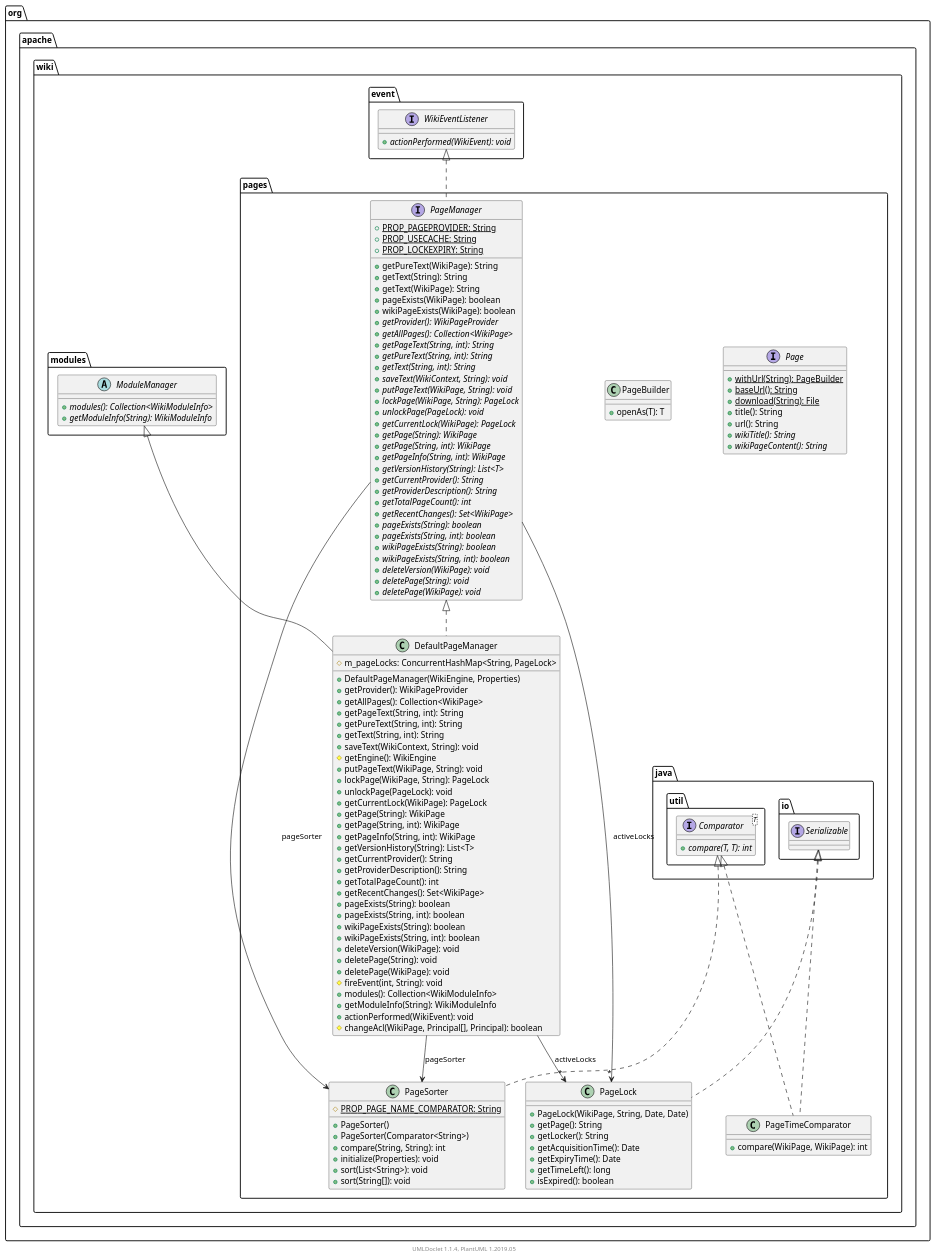
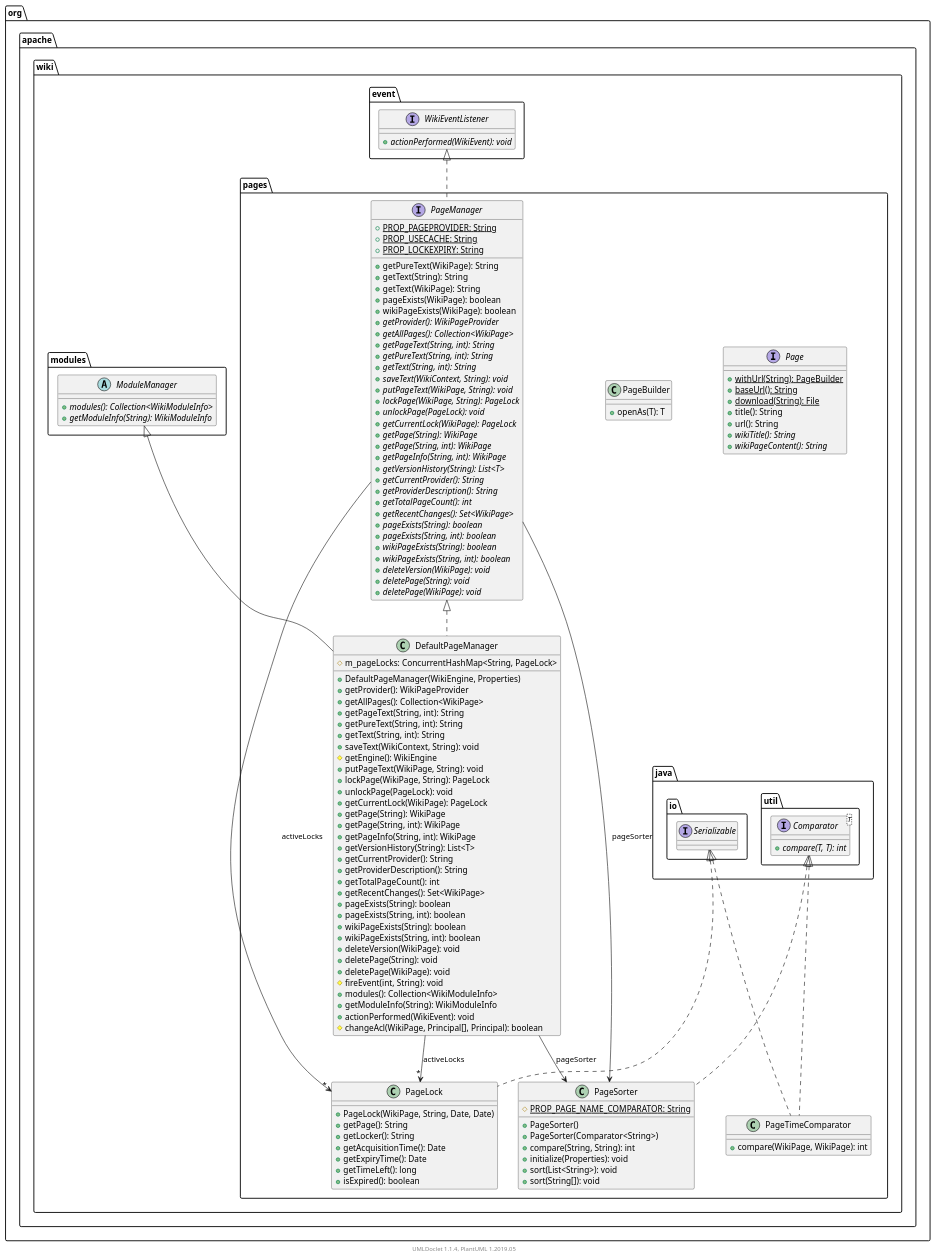
Before and after one commit to apache/jspwiki-site: the diagram in apidocs/2.11.0.M7-SNAPSHOT/org/apache/wiki/pages/package.puml, drawn with PlantUML. The commit also changed other lines of this file and 1630 other files, not shown here.

```diff
--- a/apidocs/2.11.0.M7-SNAPSHOT/org/apache/wiki/pages/package.puml
+++ b/apidocs/2.11.0.M7-SNAPSHOT/org/apache/wiki/pages/package.puml
@@ -1,152 +1,152 @@
 @startuml
 
     namespace org.apache.wiki.pages {
 
         interface Page [[Page.html]] {
             {static} +withUrl(String): PageBuilder
             {static} +baseUrl(): String
             {static} +download(String): File
             +title(): String
             +url(): String
             {abstract} +wikiTitle(): String
             {abstract} +wikiPageContent(): String
         }
 
         class PageBuilder [[PageBuilder.html]] {
             +openAs(T): T
-        }
-
-        class PageSorter [[PageSorter.html]] {
-            {static} #PROP_PAGE_NAME_COMPARATOR: String
-            +PageSorter()
-            +PageSorter(Comparator<String>)
-            +compare(String, String): int
-            +initialize(Properties): void
-            +sort(List<String>): void
-            +sort(String[]): void
         }
 
         interface PageManager [[PageManager.html]] {
             {static} +PROP_PAGEPROVIDER: String
             {static} +PROP_USECACHE: String
             {static} +PROP_LOCKEXPIRY: String
             +getPureText(WikiPage): String
             +getText(String): String
             +getText(WikiPage): String
             +pageExists(WikiPage): boolean
             +wikiPageExists(WikiPage): boolean
             {abstract} +getProvider(): WikiPageProvider
             {abstract} +getAllPages(): Collection<WikiPage>
             {abstract} +getPageText(String, int): String
             {abstract} +getPureText(String, int): String
             {abstract} +getText(String, int): String
             {abstract} +saveText(WikiContext, String): void
             {abstract} +putPageText(WikiPage, String): void
             {abstract} +lockPage(WikiPage, String): PageLock
             {abstract} +unlockPage(PageLock): void
             {abstract} +getCurrentLock(WikiPage): PageLock
             {abstract} +getPage(String): WikiPage
             {abstract} +getPage(String, int): WikiPage
             {abstract} +getPageInfo(String, int): WikiPage
             {abstract} +getVersionHistory(String): List<T>
             {abstract} +getCurrentProvider(): String
             {abstract} +getProviderDescription(): String
             {abstract} +getTotalPageCount(): int
             {abstract} +getRecentChanges(): Set<WikiPage>
             {abstract} +pageExists(String): boolean
             {abstract} +pageExists(String, int): boolean
             {abstract} +wikiPageExists(String): boolean
             {abstract} +wikiPageExists(String, int): boolean
             {abstract} +deleteVersion(WikiPage): void
             {abstract} +deletePage(String): void
             {abstract} +deletePage(WikiPage): void
         }
 
         class PageLock [[PageLock.html]] {
             +PageLock(WikiPage, String, Date, Date)
             +getPage(): String
             +getLocker(): String
             +getAcquisitionTime(): Date
             +getExpiryTime(): Date
             +getTimeLeft(): long
             +isExpired(): boolean
         }
 
         class DefaultPageManager [[DefaultPageManager.html]] {
             #m_pageLocks: ConcurrentHashMap<String, PageLock>
             +DefaultPageManager(WikiEngine, Properties)
             +getProvider(): WikiPageProvider
             +getAllPages(): Collection<WikiPage>
             +getPageText(String, int): String
             +getPureText(String, int): String
             +getText(String, int): String
             +saveText(WikiContext, String): void
             #getEngine(): WikiEngine
             +putPageText(WikiPage, String): void
             +lockPage(WikiPage, String): PageLock
             +unlockPage(PageLock): void
             +getCurrentLock(WikiPage): PageLock
             +getPage(String): WikiPage
             +getPage(String, int): WikiPage
             +getPageInfo(String, int): WikiPage
             +getVersionHistory(String): List<T>
             +getCurrentProvider(): String
             +getProviderDescription(): String
             +getTotalPageCount(): int
             +getRecentChanges(): Set<WikiPage>
             +pageExists(String): boolean
             +pageExists(String, int): boolean
             +wikiPageExists(String): boolean
             +wikiPageExists(String, int): boolean
             +deleteVersion(WikiPage): void
             +deletePage(String): void
             +deletePage(WikiPage): void
             #fireEvent(int, String): void
             +modules(): Collection<WikiModuleInfo>
             +getModuleInfo(String): WikiModuleInfo
             +actionPerformed(WikiEvent): void
             #changeAcl(WikiPage, Principal[], Principal): boolean
         }
 
+        class PageSorter [[PageSorter.html]] {
+            {static} #PROP_PAGE_NAME_COMPARATOR: String
+            +PageSorter()
+            +PageSorter(Comparator<String>)
+            +compare(String, String): int
+            +initialize(Properties): void
+            +sort(List<String>): void
+            +sort(String[]): void
+        }
+
         class PageTimeComparator [[PageTimeComparator.html]] {
             +compare(WikiPage, WikiPage): int
         }
-
-        interface java.util.Comparator<T> {
-            {abstract} +compare(T, T): int
-        }
-        java.util.Comparator <|.. PageSorter
 
         interface org.apache.wiki.event.WikiEventListener {
             {abstract} +actionPerformed(WikiEvent): void
         }
         org.apache.wiki.event.WikiEventListener <|.. PageManager
 
         interface java.io.Serializable
         java.io.Serializable <|.. PageLock
 
         abstract class org.apache.wiki.modules.ModuleManager {
             {abstract} +modules(): Collection<WikiModuleInfo>
             {abstract} +getModuleInfo(String): WikiModuleInfo
         }
         org.apache.wiki.modules.ModuleManager <|-- DefaultPageManager
 
         PageManager <|.. DefaultPageManager
+
+        interface java.util.Comparator<T> {
+            {abstract} +compare(T, T): int
+        }
+        java.util.Comparator <|.. PageSorter
 
         java.util.Comparator <|.. PageTimeComparator
 
         java.io.Serializable <|.. PageTimeComparator
 
         PageManager --> "*" PageLock: activeLocks
 
         PageManager --> PageSorter: pageSorter
 
         DefaultPageManager --> "*" PageLock: activeLocks
 
         DefaultPageManager --> PageSorter: pageSorter
 
     }
 
 
     center footer UMLDoclet 1.1.4, PlantUML 1.2019.05
 @enduml
```
